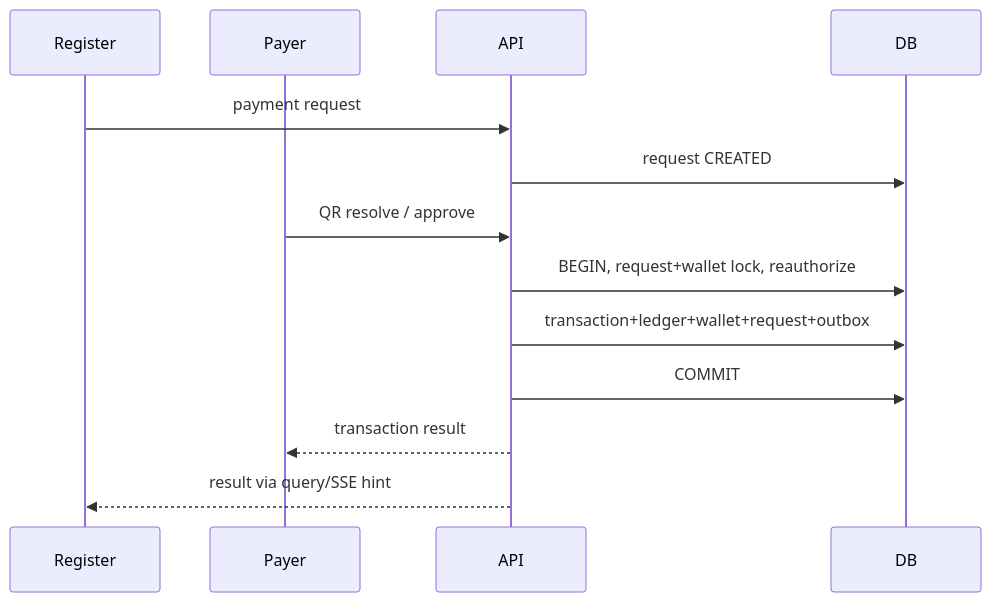
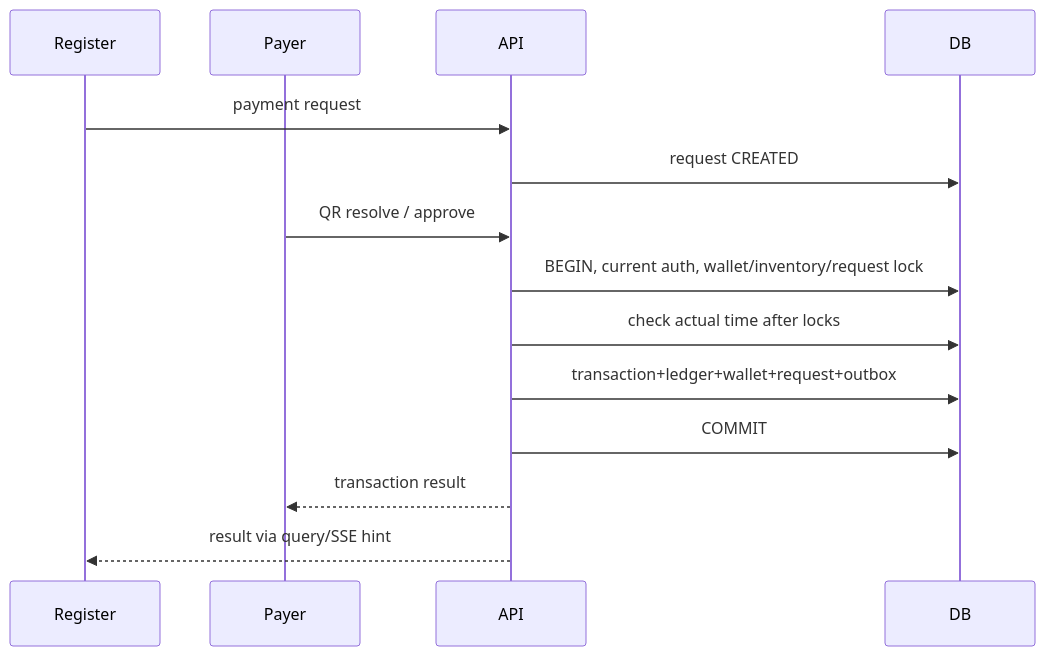
Before and after one commit to fespay-team/fespay: the sixth of 11 diagrams in docs/design/detailed-design.md, drawn with Mermaid. The commit also changed other lines of this file and 8 other files, not shown here.

````diff
--- a/docs/design/detailed-design.md
+++ b/docs/design/detailed-design.md
@@ -450,15 +552,16 @@
 ```mermaid
 sequenceDiagram
   participant Shop as Register
   participant User as Payer
   participant API
   participant DB
   Shop->>API: payment request
   API->>DB: request CREATED
   User->>API: QR resolve / approve
-  API->>DB: BEGIN, request+wallet lock, reauthorize
+  API->>DB: BEGIN, current auth, wallet/inventory/request lock
+  API->>DB: check actual time after locks
   API->>DB: transaction+ledger+wallet+request+outbox
   API->>DB: COMMIT
   API-->>User: transaction result
   API-->>Shop: result via query/SSE hint
 ```
````
